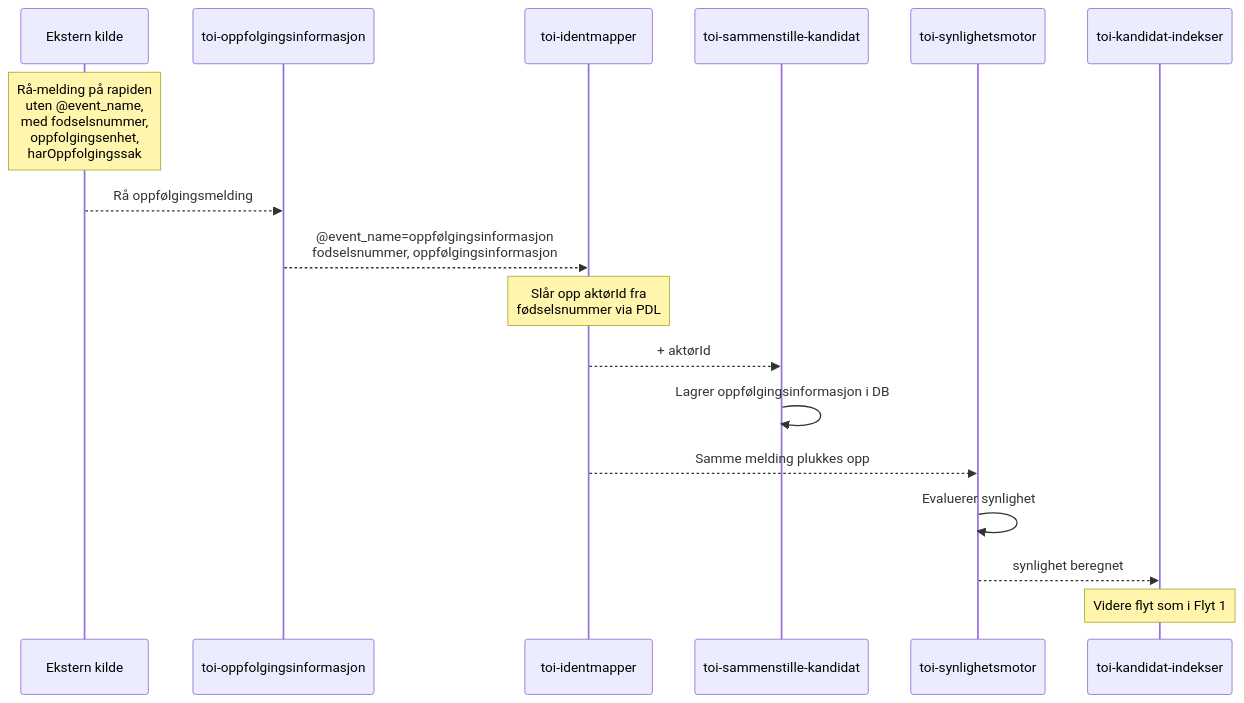
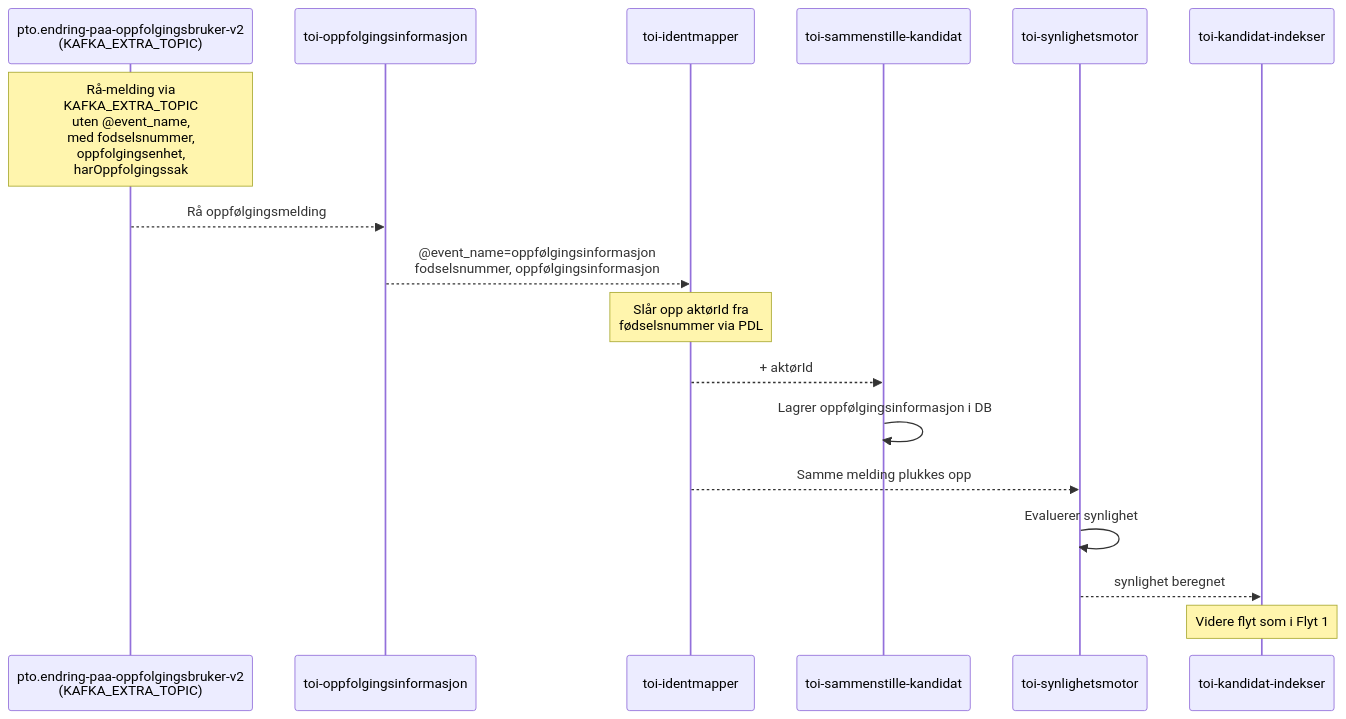
Before and after one commit to navikt/toi-rapids-and-rivers: the fourth of 11 diagrams in MELDINGSFLYTER.md, drawn with Mermaid. The commit also changed other lines of this file, not shown here.

Commit message:
Oppdater meldingsflyt diagram

````diff
--- a/MELDINGSFLYTER.md
+++ b/MELDINGSFLYTER.md
@@ -223,20 +235,20 @@
 ```mermaid
 sequenceDiagram
-    participant EKS as Ekstern kilde
+    participant EKS as pto.endring-paa-oppfolgingsbruker-v2<br/>(KAFKA_EXTRA_TOPIC)
     participant OPP as toi-oppfolgingsinformasjon
     participant IDM as toi-identmapper
     participant SAM as toi-sammenstille-kandidat
     participant SYN as toi-synlighetsmotor
     participant IND as toi-kandidat-indekser
 
-    Note over EKS: Rå-melding på rapiden<br/>uten @event_name,<br/>med fodselsnummer,<br/>oppfolgingsenhet,<br/>harOppfolgingssak
+    Note over EKS: Rå-melding via<br/>KAFKA_EXTRA_TOPIC<br/>uten @event_name,<br/>med fodselsnummer,<br/>oppfolgingsenhet,<br/>harOppfolgingssak
     EKS-->>OPP: Rå oppfølgingsmelding
     OPP-->>IDM: @event_name=oppfølgingsinformasjon<br/>fodselsnummer, oppfølgingsinformasjon
     Note over IDM: Slår opp aktørId fra<br/>fødselsnummer via PDL
     IDM-->>SAM: + aktørId
     SAM->>SAM: Lagrer oppfølgingsinformasjon i DB
     IDM-->>SYN: Samme melding plukkes opp
     SYN->>SYN: Evaluerer synlighet
     SYN-->>IND: synlighet beregnet
     Note over IND: Videre flyt som i Flyt 1
 ```
````
